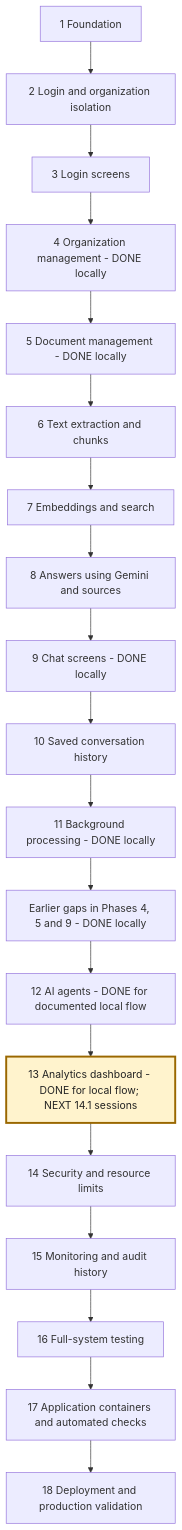
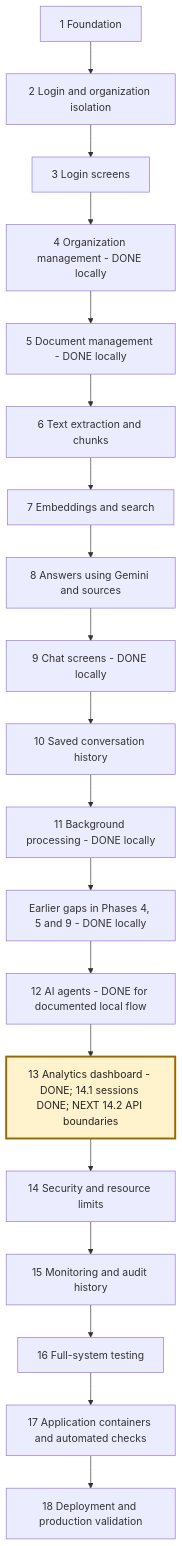
One commit to msdian0007/nexaAi changed the second of 6 diagrams in NEXAAI_ROADMAP.md. Above: the diagram before and after it, drawn with Mermaid. The commit also changed other lines of this file and 26 other files, not shown here.

````diff
--- a/NEXAAI_ROADMAP.md
+++ b/NEXAAI_ROADMAP.md
@@ -191,22 +192,22 @@
 ```mermaid
 flowchart TD
     A[1 Foundation] --> B[2 Login and organization isolation]
     B --> C[3 Login screens]
     C --> D[4 Organization management - DONE locally]
     D --> E[5 Document management - DONE locally]
     E --> F[6 Text extraction and chunks]
     F --> G[7 Embeddings and search]
     G --> H[8 Answers using Gemini and sources]
     H --> I[9 Chat screens - DONE locally]
     I --> J[10 Saved conversation history]
     J --> K[11 Background processing - DONE locally]
     K --> L[Earlier gaps in Phases 4, 5 and 9 - DONE locally]
     L --> M[12 AI agents - DONE for documented local flow]
-    M --> N[13 Analytics dashboard - DONE for local flow; NEXT 14.1 sessions]
+    M --> N[13 Analytics dashboard - DONE; 14.1 sessions DONE; NEXT 14.2 API boundaries]
     N --> O[14 Security and resource limits]
     O --> P[15 Monitoring and audit history]
     P --> Q[16 Full-system testing]
     Q --> R[17 Application containers and automated checks]
     R --> S[18 Deployment and production validation]
     style N fill:#fff3cd,stroke:#9a6700,stroke-width:3px,color:#222
 ```
````
